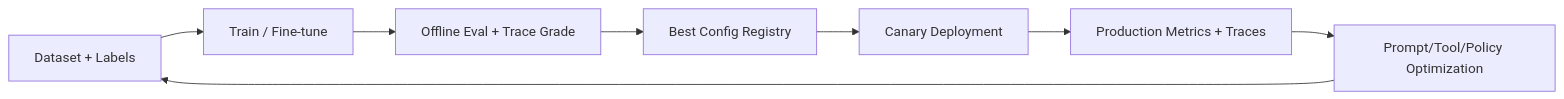
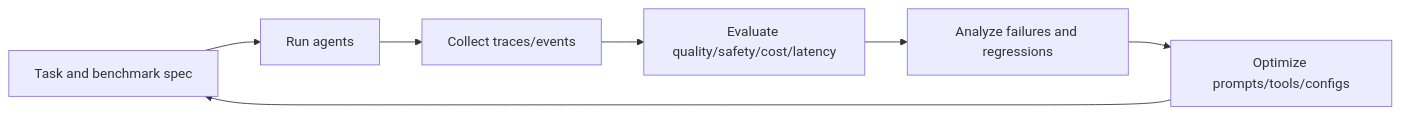
One commit to reiidoda/OpenRe changed the diagram in docs/27_ai_ml_dl_nlp_neuroscience_data_science.md. Above: the diagram before and after it, drawn with Mermaid. The commit also changed other lines of this file and 40 other files, not shown here.

Commit message:
docs(product): align OpenRe vision, roadmap, and execution plan

````diff
--- a/docs/27_ai_ml_dl_nlp_neuroscience_data_science.md
+++ b/docs/27_ai_ml_dl_nlp_neuroscience_data_science.md
@@ -10,10 +8,9 @@
 ```mermaid
 flowchart LR
-  Data["Dataset + Labels"] --> Train["Train / Fine-tune"]
-  Train --> Eval["Offline Eval + Trace Grade"]
-  Eval --> Registry["Best Config Registry"]
-  Registry --> Deploy["Canary Deployment"]
-  Deploy --> Observe["Production Metrics + Traces"]
-  Observe --> Improve["Prompt/Tool/Policy Optimization"]
-  Improve --> Data
+  SPEC["Task and benchmark spec"] --> RUN["Run agents"]
+  RUN --> TRACE["Collect traces/events"]
+  TRACE --> EVAL["Evaluate quality/safety/cost/latency"]
+  EVAL --> ANALYZE["Analyze failures and regressions"]
+  ANALYZE --> OPT["Optimize prompts/tools/configs"]
+  OPT --> SPEC
 ```
````
